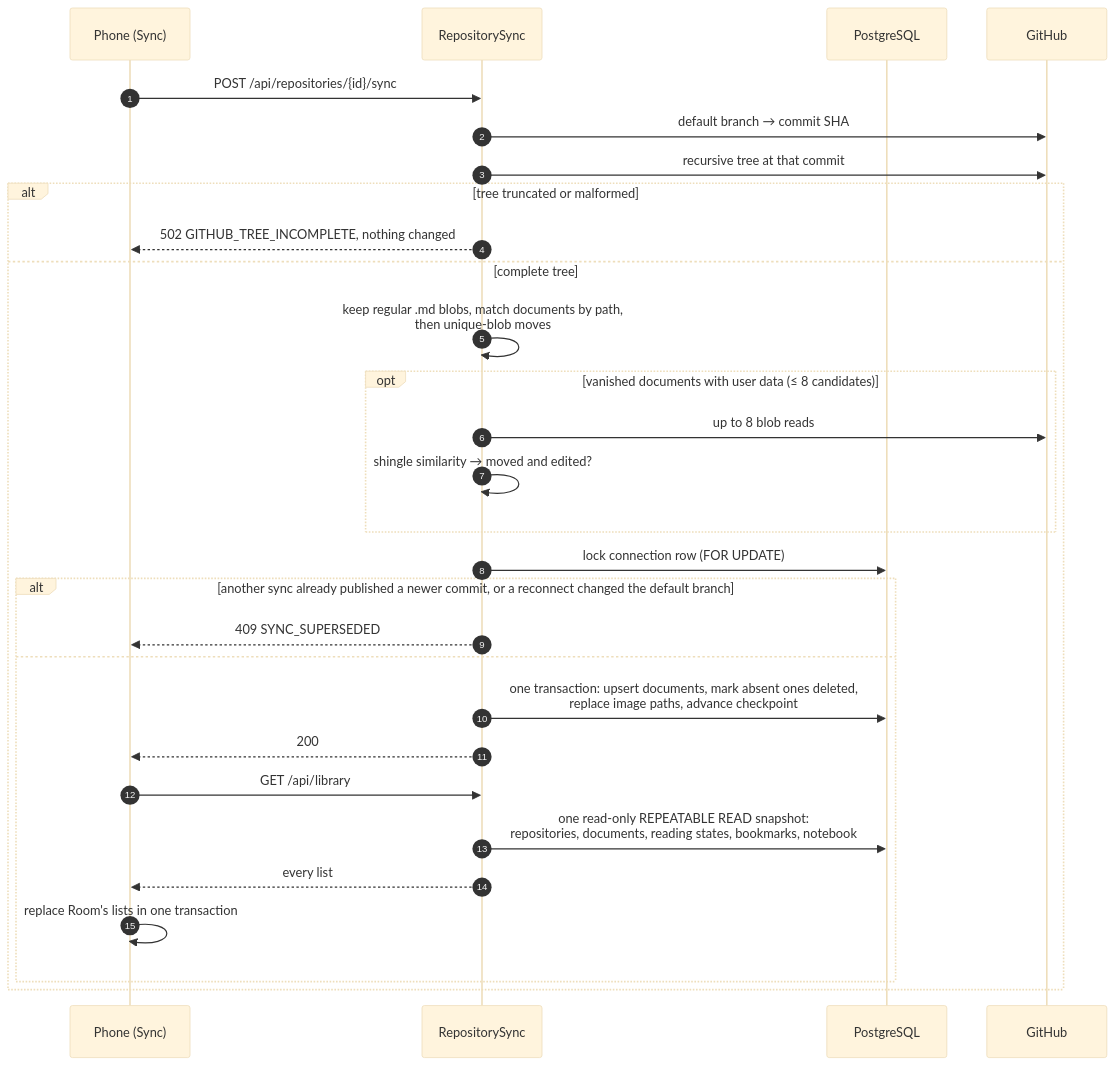
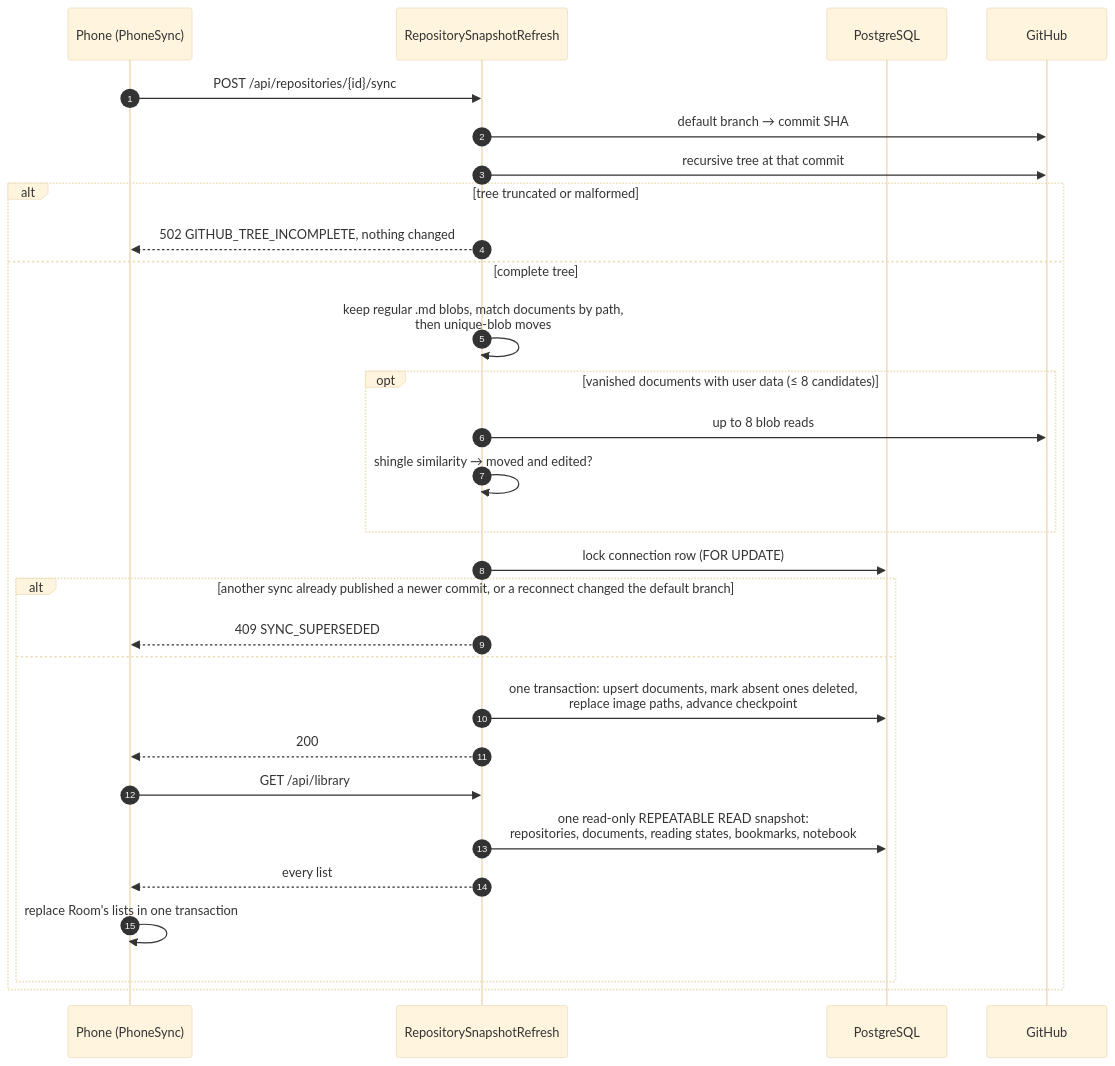
The seventh of 12 diagrams in docs/architecture.md (jaxwong/reporead), drawn with Mermaid (base theme) before and after one commit. The commit also changed other lines of this file and 6 other files, not shown here.

Commit message:
docs(sync): explain pending changes and repository refresh

````diff
--- a/docs/architecture.md
+++ b/docs/architecture.md
@@ -448,32 +448,32 @@
 ```mermaid
 sequenceDiagram
     autonumber
-    participant App as Phone (Sync)
-    participant API as RepositorySync
+    participant App as Phone (PhoneSync)
+    participant API as RepositorySnapshotRefresh
     participant DB as PostgreSQL
     participant GH as GitHub
 
     App->>API: POST /api/repositories/{id}/sync
     API->>GH: default branch → commit SHA
     API->>GH: recursive tree at that commit
     alt tree truncated or malformed
         API-->>App: 502 GITHUB_TREE_INCOMPLETE, nothing changed
     else complete tree
         API->>API: keep regular .md blobs, match documents by path,<br/>then unique-blob moves
         opt vanished documents with user data (≤ 8 candidates)
             API->>GH: up to 8 blob reads
             API->>API: shingle similarity → moved and edited?
         end
         API->>DB: lock connection row (FOR UPDATE)
         alt another sync already published a newer commit, or a reconnect changed the default branch
             API-->>App: 409 SYNC_SUPERSEDED
         else
             API->>DB: one transaction: upsert documents, mark absent ones deleted,<br/>replace image paths, advance checkpoint
             API-->>App: 200
             App->>API: GET /api/library
             API->>DB: one read-only REPEATABLE READ snapshot:<br/>repositories, documents, reading states, bookmarks, notebook
             API-->>App: every list
             App->>App: replace Room's lists in one transaction
         end
     end
 ```
````
